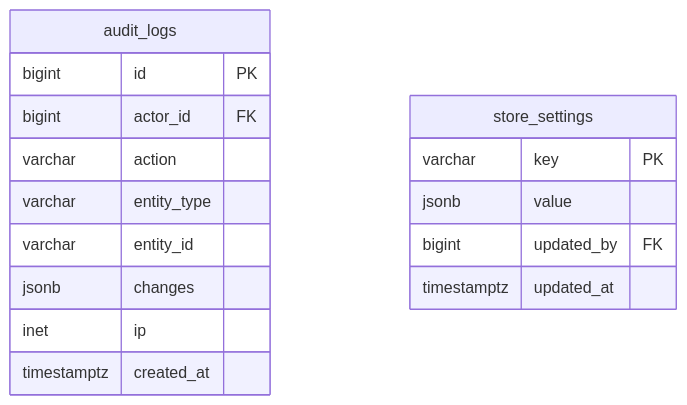
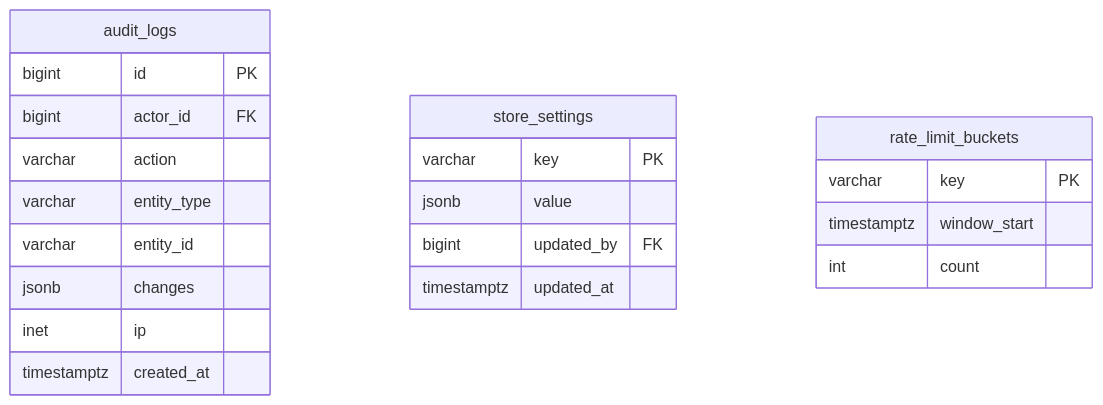
Before and after one commit to sharan-hs/Opticals: the fourth of 4 diagrams in docs/DATABASE.md, drawn with Mermaid. The commit also changed 23 other files, not shown here.

````diff
--- a/docs/DATABASE.md
+++ b/docs/DATABASE.md
@@ -304,19 +304,24 @@
 ```mermaid
 erDiagram
     audit_logs {
         bigint id PK
         bigint actor_id FK
         varchar action
         varchar entity_type
         varchar entity_id
         jsonb changes
         inet ip
         timestamptz created_at
     }
     store_settings {
         varchar key PK
         jsonb value
         bigint updated_by FK
         timestamptz updated_at
     }
+    rate_limit_buckets {
+        varchar key PK
+        timestamptz window_start
+        int count
+    }
 ```
````
